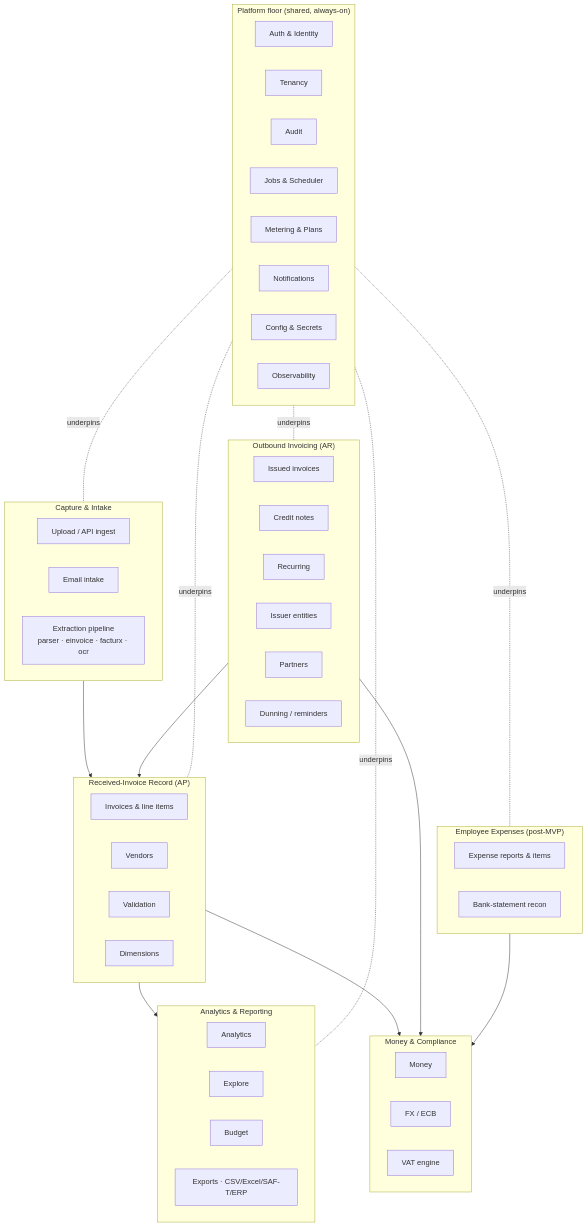
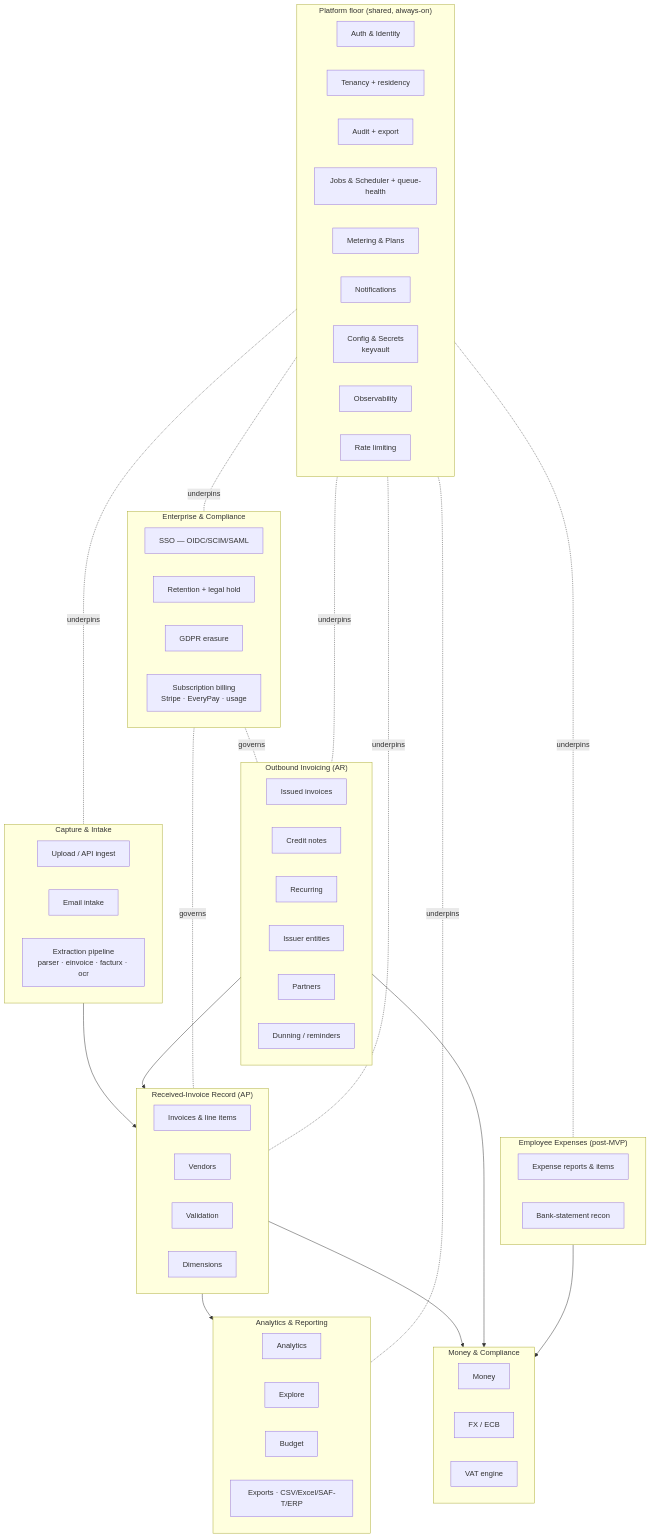
Before and after one commit to kristapsgoncoronoks-ship-it/Bid_it: the diagram in docs/architecture/domain-modules.md, drawn with Mermaid. The commit also changed other lines of this file and 3 other files, not shown here.

````diff
--- a/docs/architecture/domain-modules.md
+++ b/docs/architecture/domain-modules.md
@@ -19,65 +19,76 @@
 ```mermaid
 graph TB
   subgraph Platform["Platform floor (shared, always-on)"]
     AUTH[Auth & Identity]
-    TEN[Tenancy]
-    AUD[Audit]
-    JOBS[Jobs & Scheduler]
+    TEN[Tenancy + residency]
+    AUD[Audit + export]
+    JOBS[Jobs & Scheduler + queue-health]
     METER[Metering & Plans]
     NOTIF[Notifications]
-    CFG[Config & Secrets]
+    CFG[Config & Secrets<br/>keyvault]
     OBS[Observability]
+    RL[Rate limiting]
+  end
+
+  subgraph Ent["Enterprise & Compliance"]
+    SSO[SSO — OIDC/SCIM/SAML]
+    RET[Retention + legal hold]
+    DSAR[GDPR erasure]
+    BILL[Subscription billing<br/>Stripe · EveryPay · usage]
   end
 
   subgraph Intake["Capture & Intake"]
     UP[Upload / API ingest]
     EMAIL[Email intake]
     PARSE[Extraction pipeline<br/>parser · einvoice · facturx · ocr]
   end
 
   subgraph Record["Received-Invoice Record (AP)"]
     INV[Invoices & line items]
     VEND[Vendors]
     VAL[Validation]
     DIM[Dimensions]
   end
 
   subgraph Insight["Analytics & Reporting"]
     ANA[Analytics]
     EXPL[Explore]
     BUD[Budget]
     EXP0[Exports · CSV/Excel/SAF-T/ERP]
   end
 
   subgraph AR["Outbound Invoicing (AR)"]
     ISS[Issued invoices]
     CN[Credit notes]
     REC[Recurring]
     ISR[Issuer entities]
     PART[Partners]
     DUN[Dunning / reminders]
   end
 
   subgraph Money["Money & Compliance"]
     MON[Money]
     FX[FX / ECB]
     VAT[VAT engine]
   end
 
   subgraph Exp["Employee Expenses (post-MVP)"]
     EXPREP[Expense reports & items]
     BANK[Bank-statement recon]
   end
 
   Intake --> Record
   Record --> Insight
   Record --> Money
   AR --> Money
   AR --> Record
   Exp --> Money
+  Ent -.governs.- Record
+  Ent -.governs.- AR
   Platform -.underpins.- Intake
   Platform -.underpins.- Record
   Platform -.underpins.- Insight
   Platform -.underpins.- AR
   Platform -.underpins.- Exp
+  Platform -.underpins.- Ent
 ```
````
